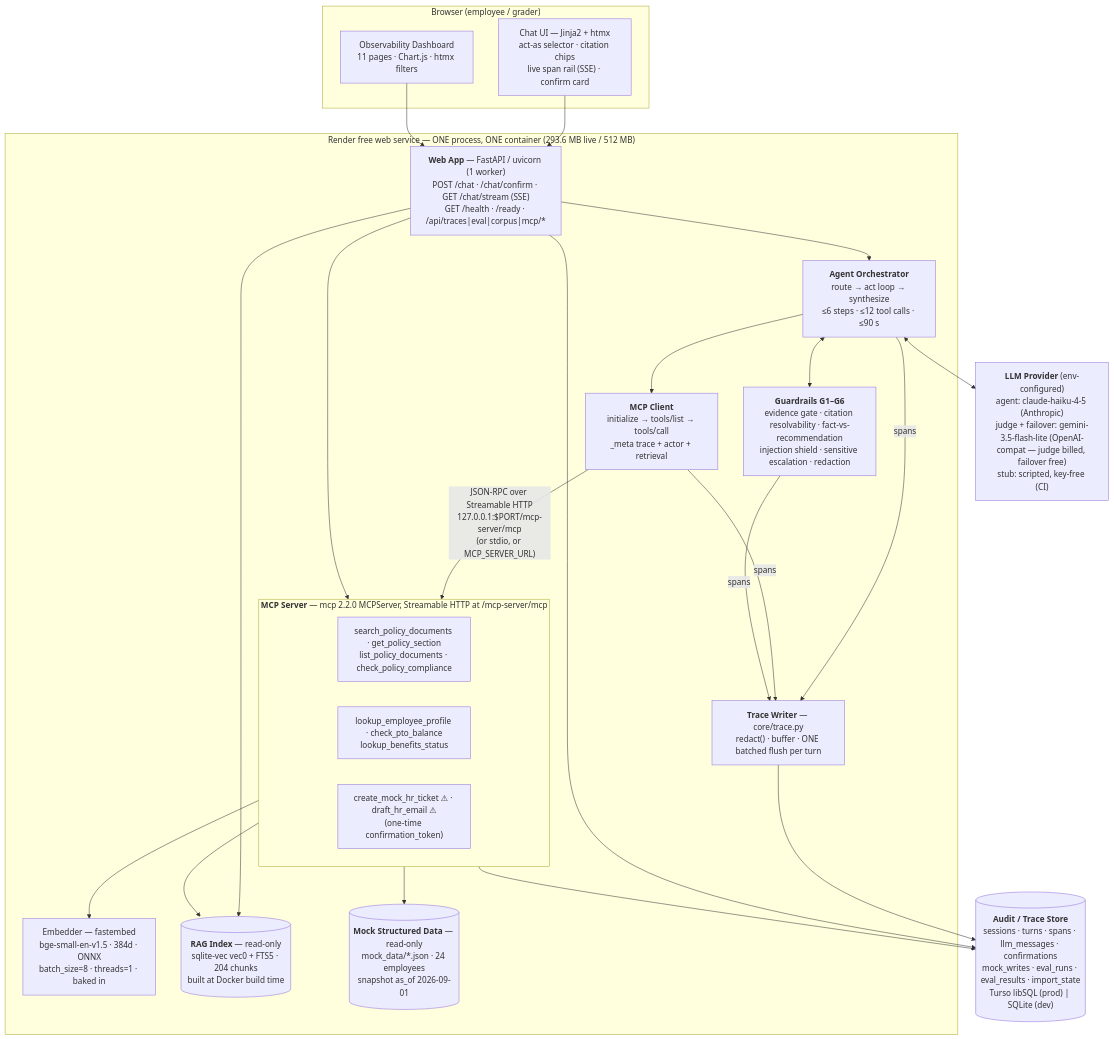
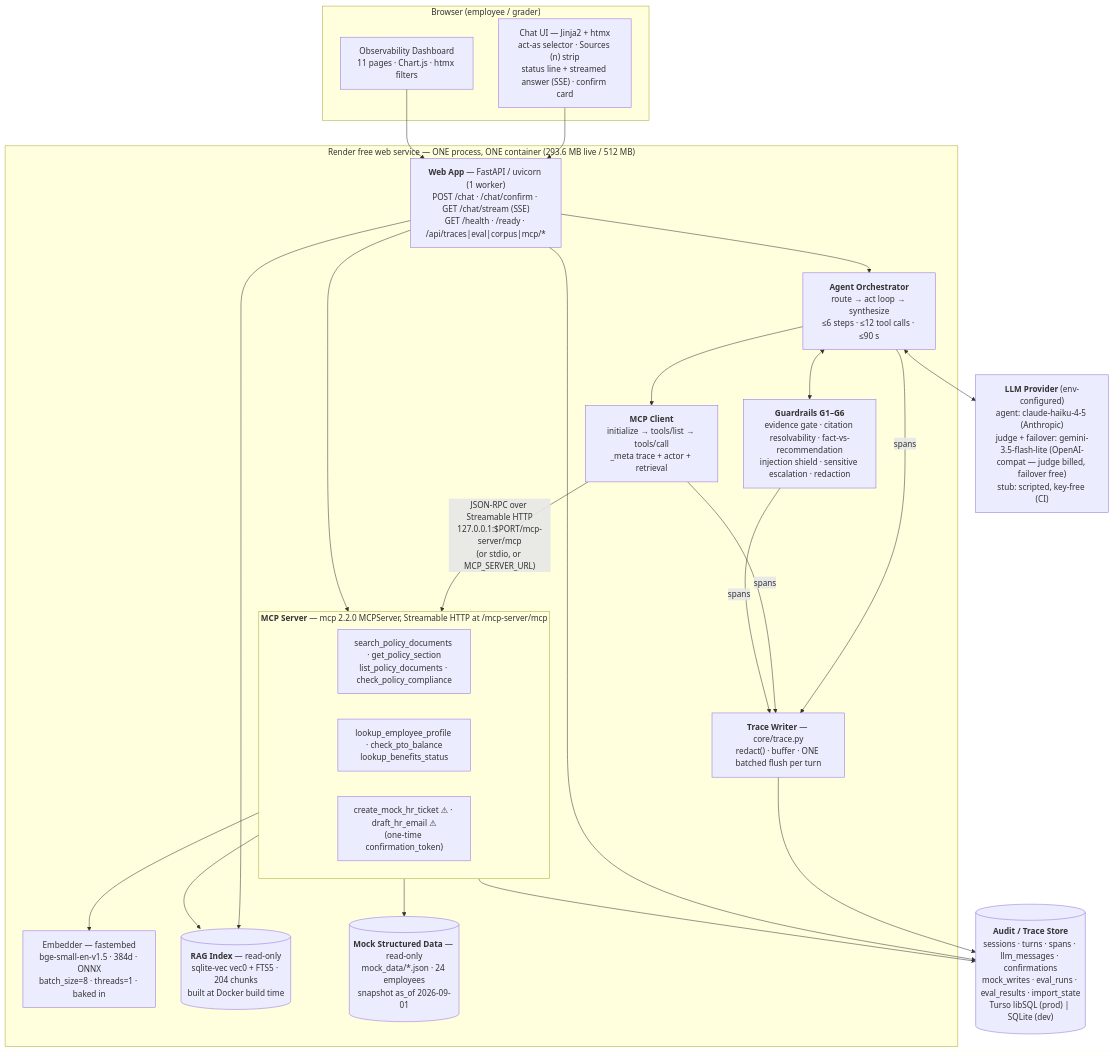
One commit to seantmalone/quantic-mosaic changed the diagram in design-and-evaluation.md. Above: the diagram before and after it, drawn with Mermaid. The commit also changed other lines of this file and 33 other files, not shown here.

First line of the commit message:
G5(sweep): the leftovers the reviewers found outside their files — span rail, evidence index, the process trail

````diff
--- a/design-and-evaluation.md
+++ b/design-and-evaluation.md
@@ -37,37 +37,37 @@
 ```mermaid
 flowchart TB
     subgraph browser["Browser (employee / grader)"]
-        UI["Chat UI — Jinja2 + htmx<br/>act-as selector · citation chips<br/>live span rail (SSE) · confirm card"]
+        UI["Chat UI — Jinja2 + htmx<br/>act-as selector · Sources (n) strip<br/>status line + streamed answer (SSE) · confirm card"]
         DASH["Observability Dashboard<br/>11 pages · Chart.js · htmx filters"]
     end
     subgraph render["Render free web service — ONE process, ONE container (293.6 MB live / 512 MB)"]
         WEB["<b>Web App</b> — FastAPI / uvicorn (1 worker)<br/>POST /chat · /chat/confirm · GET /chat/stream (SSE)<br/>GET /health · /ready · /api/traces|eval|corpus|mcp/*"]
         ORCH["<b>Agent Orchestrator</b><br/>route → act loop → synthesize<br/>≤6 steps · ≤12 tool calls · ≤90 s"]
         GUARD["<b>Guardrails G1–G6</b><br/>evidence gate · citation resolvability · fact-vs-recommendation<br/>injection shield · sensitive escalation · redaction"]
         MCPC["<b>MCP Client</b><br/>initialize → tools/list → tools/call<br/>_meta trace + actor + retrieval"]
         subgraph mcps["<b>MCP Server</b> — mcp 2.2.0 MCPServer, Streamable HTTP at /mcp-server/mcp"]
             direction LR
             T1["search_policy_documents · get_policy_section<br/>list_policy_documents · check_policy_compliance"]
             T2["lookup_employee_profile · check_pto_balance<br/>lookup_benefits_status"]
             T3["create_mock_hr_ticket ⚠ · draft_hr_email ⚠<br/>(one-time confirmation_token)"]
         end
         EMB["Embedder — fastembed<br/>bge-small-en-v1.5 · 384d · ONNX<br/>batch_size=8 · threads=1 · baked in"]
         RAGIDX[("<b>RAG Index</b> — read-only<br/>sqlite-vec vec0 + FTS5 · 204 chunks<br/>built at Docker build time")]
         MOCK[("<b>Mock Structured Data</b> — read-only<br/>mock_data/*.json · 24 employees<br/>snapshot as_of 2026-09-01")]
         TRACE["<b>Trace Writer</b> — core/trace.py<br/>redact() · buffer · ONE batched flush per turn"]
     end
     STORE[("<b>Audit / Trace Store</b><br/>sessions · turns · spans · llm_messages · confirmations<br/>mock_writes · eval_runs · eval_results · import_state<br/>Turso libSQL (prod) | SQLite (dev)")]
     LLM["<b>LLM Provider</b> (env-configured)<br/>agent: claude-haiku-4-5 (Anthropic)<br/>judge + failover: gemini-3.5-flash-lite (OpenAI-compat — judge billed, failover free)<br/>stub: scripted, key-free (CI)"]
     UI & DASH --> WEB
     WEB --> ORCH
     ORCH <--> GUARD
     ORCH --> MCPC
     MCPC -- "JSON-RPC over Streamable HTTP<br/>127.0.0.1:$PORT/mcp-server/mcp<br/>(or stdio, or MCP_SERVER_URL)" --> mcps
     T1 --> RAGIDX & EMB
     T2 --> MOCK
     T3 --> STORE
     ORCH <--> LLM
     ORCH & MCPC & GUARD -- spans --> TRACE
     TRACE --> STORE
     WEB --> STORE & mcps & RAGIDX
 ```
````
